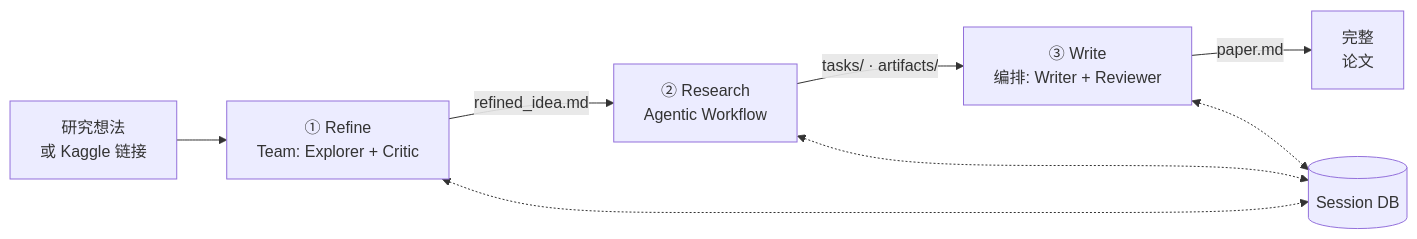
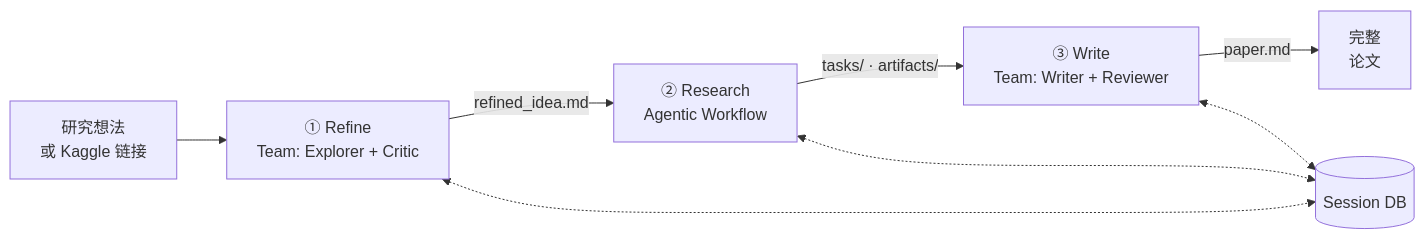
Before and after one commit to dozybot001/MAARS: the first of 5 diagrams in docs/CN/architecture.md, drawn with Mermaid. The commit also changed other lines of this file and 2 other files, not shown here.

````diff
--- a/docs/CN/architecture.md
+++ b/docs/CN/architecture.md
@@ -50,13 +50,13 @@
 ```mermaid
 flowchart LR
     IN["研究想法\n或 Kaggle 链接"] --> REF
 
     REF["① Refine\nTeam: Explorer + Critic"]
     RES["② Research\nAgentic Workflow"]
-    WRI["③ Write\n编排: Writer + Reviewer"]
+    WRI["③ Write\nTeam: Writer + Reviewer"]
 
     REF -- "refined_idea.md" --> RES -- "tasks/ · artifacts/" --> WRI -- "paper.md" --> OUT["完整\n论文"]
 
     DB[(Session DB)]
     REF & RES & WRI <-.-> DB
 ```
````
